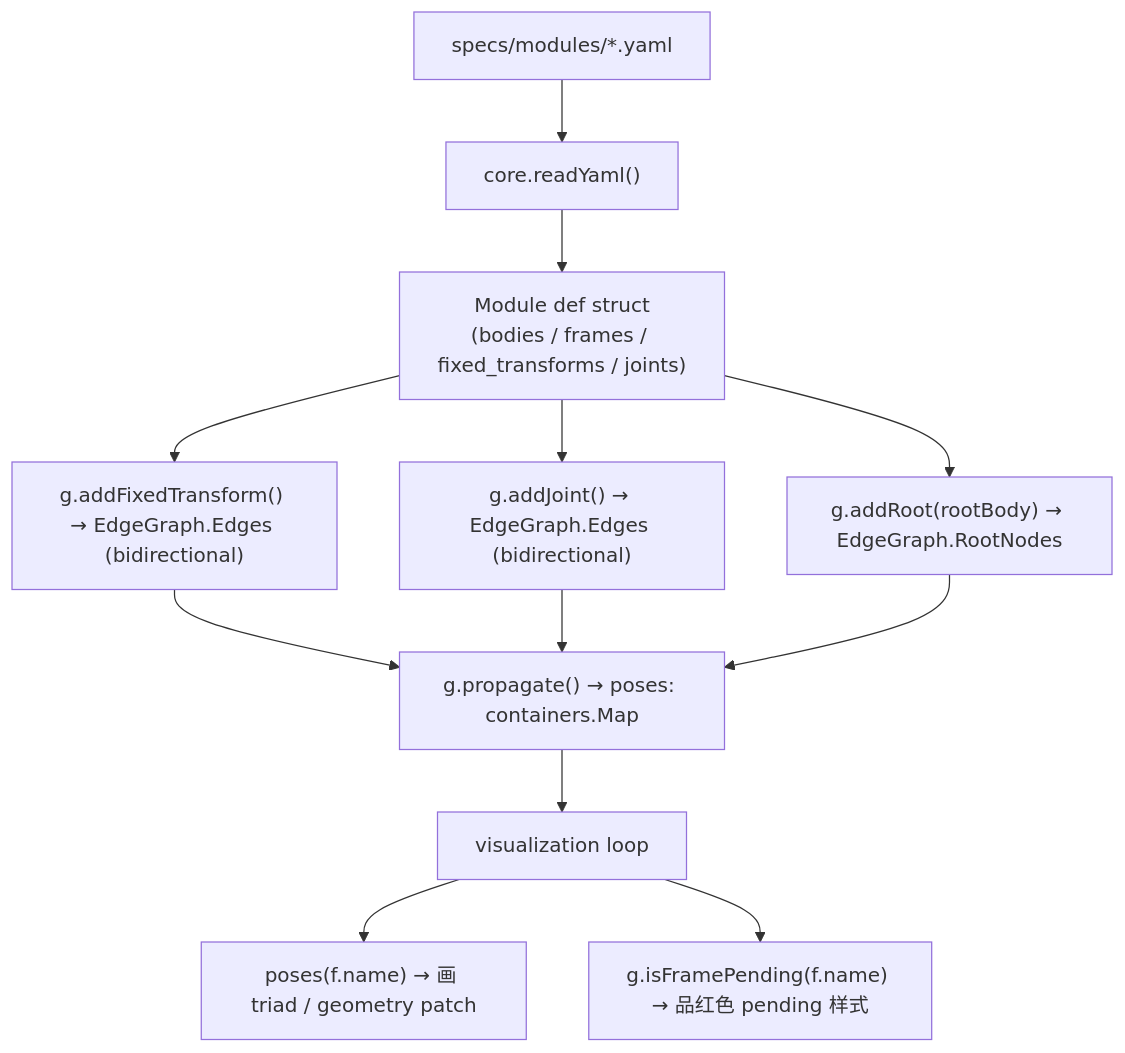
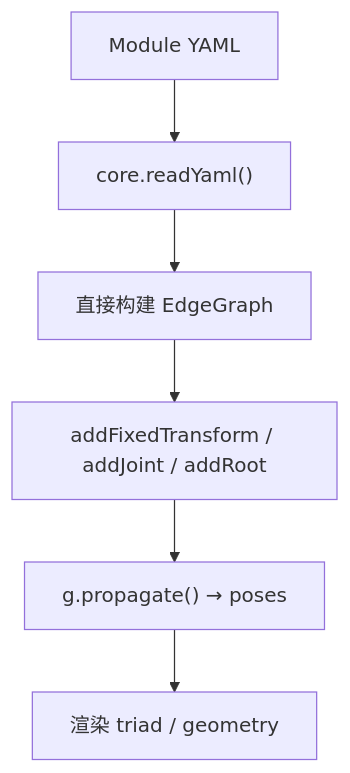
The fifth of 6 diagrams in scripts/matlab/ARCHITECTURE.md (Axiom117/symbolic-modular-kinematics), drawn with Mermaid before and after one commit. The commit also changed other lines of this file and 18 other files, not shown here.

````diff
--- a/scripts/matlab/ARCHITECTURE.md
+++ b/scripts/matlab/ARCHITECTURE.md
@@ -191,12 +159,8 @@
 ```mermaid
 flowchart TD
-    A["specs/modules/*.yaml"] --> B["core.readYaml()"]
-    B --> C["Module def struct<br/>(bodies / frames / fixed_transforms / joints)"]
-    C --> D1["g.addFixedTransform() → EdgeGraph.Edges (bidirectional)"]
-    C --> D2["g.addJoint() → EdgeGraph.Edges (bidirectional)"]
-    C --> D3["g.addRoot(rootBody) → EdgeGraph.RootNodes"]
-    D1 & D2 & D3 --> E["g.propagate() → poses: containers.Map"]
-    E --> F["visualization loop"]
-    F --> G1["poses(f.name) → 画 triad / geometry patch"]
-    F --> G2["g.isFramePending(f.name) → 品红色 pending 样式"]
+    A["Module YAML"] --> B["core.readYaml()"]
+    B --> C["直接构建 EdgeGraph"]
+    C --> D1["addFixedTransform / addJoint / addRoot"]
+    D1 --> E["g.propagate() → poses"]
+    E --> F["渲染 triad / geometry"]
 ```
````
